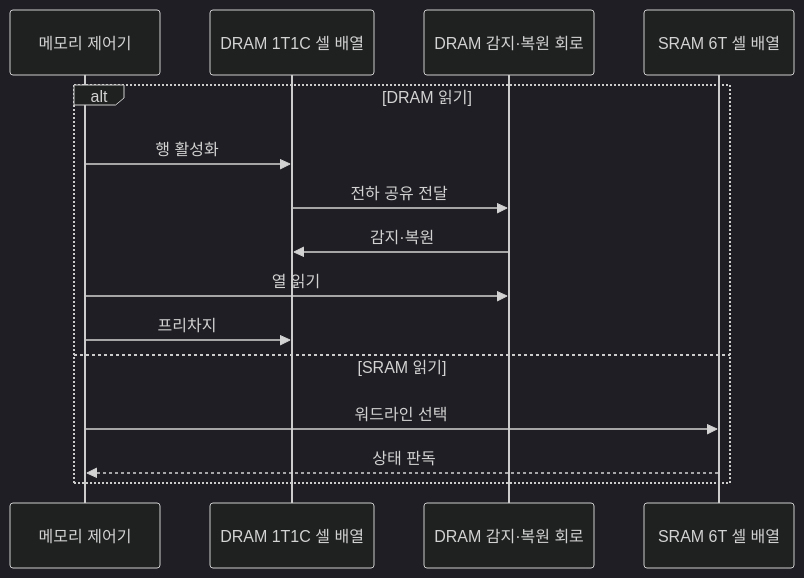
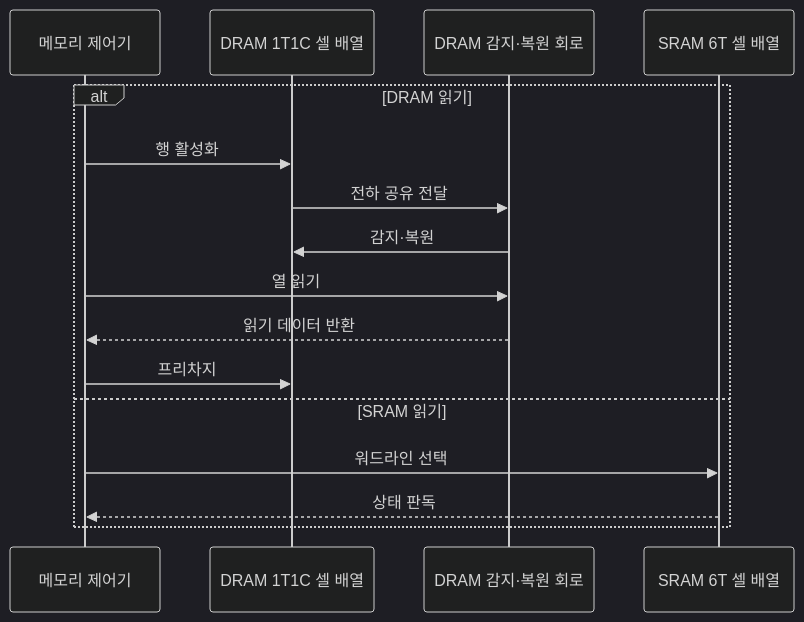
One commit to agnusdei1207/knowledge-base changed the second of 2 diagrams in src/content/docs/notes/02-hardware/023_dram_vs_sram.md. Above: the diagram before and after it, drawn with Mermaid (dark theme). The commit also changed other lines of this file and 7 other files, not shown here.

````diff
--- a/src/content/docs/notes/02-hardware/023_dram_vs_sram.md
+++ b/src/content/docs/notes/02-hardware/023_dram_vs_sram.md
@@ -93,17 +93,18 @@
 ```mermaid
 sequenceDiagram
     participant C as 메모리 제어기
     participant DC as DRAM 1T1C 셀 배열
     participant DS as DRAM 감지·복원 회로
     participant SC as SRAM 6T 셀 배열
     alt DRAM 읽기
         C->>DC: 행 활성화
         DC->>DS: 전하 공유 전달
         DS->>DC: 감지·복원
         C->>DS: 열 읽기
+        DS-->>C: 읽기 데이터 반환
         C->>DC: 프리차지
     else SRAM 읽기
         C->>SC: 워드라인 선택
         SC-->>C: 상태 판독
     end
 ```
````
